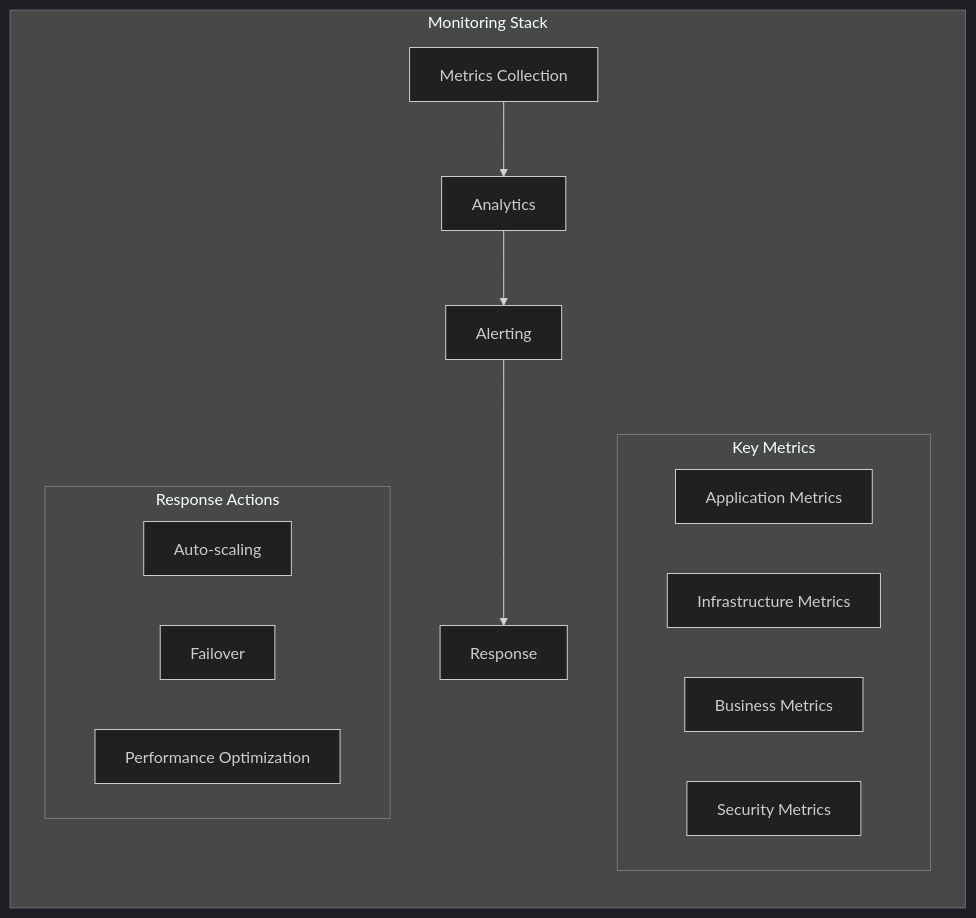
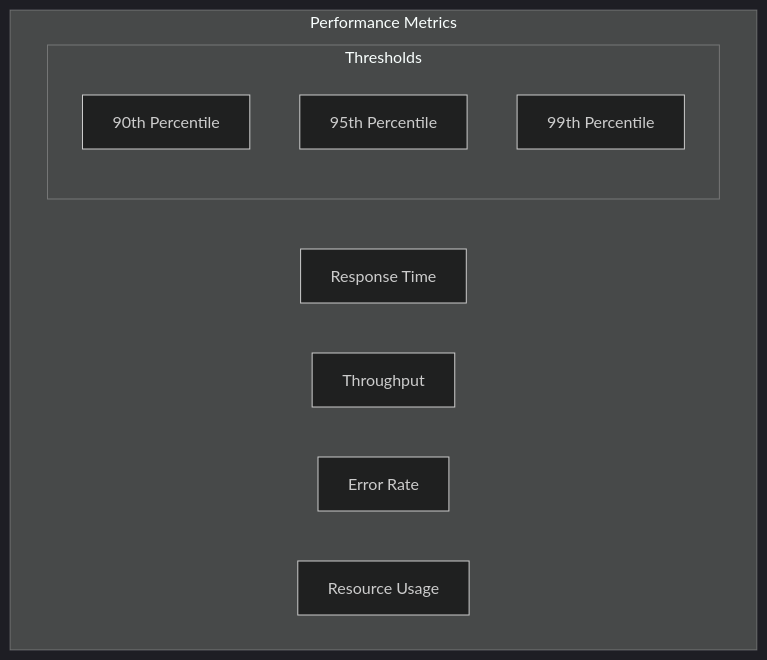
One commit to saravanakumarrc/Architecture_Journey changed the eighth of 8 diagrams in src/Performance_Optimization_Techniques.md. Above: the diagram before and after it, drawn with Mermaid (dark theme). The commit also changed other lines of this file and 4 other files, not shown here.

````diff
--- a/src/Performance_Optimization_Techniques.md
+++ b/src/Performance_Optimization_Techniques.md
@@ -103,23 +195,15 @@
 ```mermaid
-flowchart TB
-    subgraph "Monitoring Stack"
-        direction TB
+graph TB
+    subgraph "Performance Metrics"
+        RT[Response Time]
+        TH[Throughput]
+        ER[Error Rate]
+        RU[Resource Usage]
         
-        M[Metrics Collection] --> A[Analytics]
-        A --> AL[Alerting]
-        AL --> R[Response]
-        
-        subgraph "Key Metrics"
-            M1[Application Metrics]
-            M2[Infrastructure Metrics]
-            M3[Business Metrics]
-            M4[Security Metrics]
-        end
-        
-        subgraph "Response Actions"
-            R1[Auto-scaling]
-            R2[Failover]
-            R3[Performance Optimization]
+        subgraph "Thresholds"
+            P90[90th Percentile]
+            P95[95th Percentile]
+            P99[99th Percentile]
         end
     end
 ```
````
